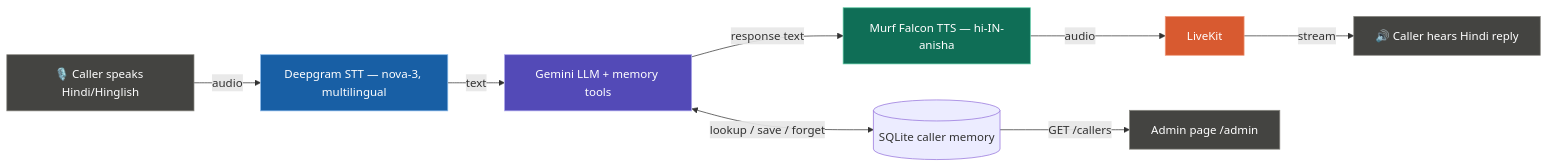
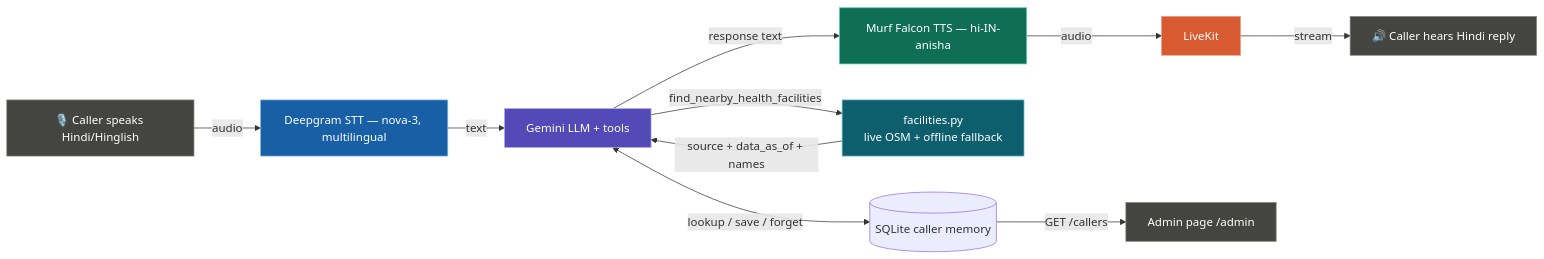
The diagram in README.md (amajali-784/Voice-for-Bharat-Challenge-2026_MurfAI), drawn with Mermaid before and after one commit. The commit also changed other lines of this file and 9 other files, not shown here.

Commit message:
Day 5: Give Your Agent a Real Tool — Nearby Health-Facility Lookup

````diff
--- a/README.md
+++ b/README.md
@@ -40,18 +41,21 @@
 ```mermaid
 flowchart LR
     A[🎙️ Caller speaks Hindi/Hinglish] -->|audio| B[Deepgram STT — nova-3, multilingual]
-    B -->|text| C[Gemini LLM + memory tools]
+    B -->|text| C[Gemini LLM + tools]
     C <-->|lookup / save / forget| M[(SQLite caller memory)]
+    C --find_nearby_health_facilities--> F[facilities.py<br/>live OSM + offline fallback]
+    F -->|source + data_as_of + names| C
     C -->|response text| D[Murf Falcon TTS — hi-IN-anisha]
     D -->|audio| E[LiveKit]
-    E -->|stream| F[🔊 Caller hears Hindi reply]
-    M -->|GET /callers| G[Admin page /admin]
+    E -->|stream| G[🔊 Caller hears Hindi reply]
+    M -->|GET /callers| H[Admin page /admin]
 
     style A fill:#444441,stroke:#888780,color:#fff
     style B fill:#185FA5,stroke:#85B7EB,color:#fff
     style C fill:#534AB7,stroke:#AFA9EC,color:#fff
     style D fill:#0F6E56,stroke:#5DCAA5,color:#fff
     style E fill:#D85A30,stroke:#F0997B,color:#fff
-    style F fill:#444441,stroke:#888780,color:#fff
+    style F fill:#0E5F6E,stroke:#5FC2D1,color:#fff
     style G fill:#444441,stroke:#888780,color:#fff
+    style H fill:#444441,stroke:#888780,color:#fff
 ```
````
